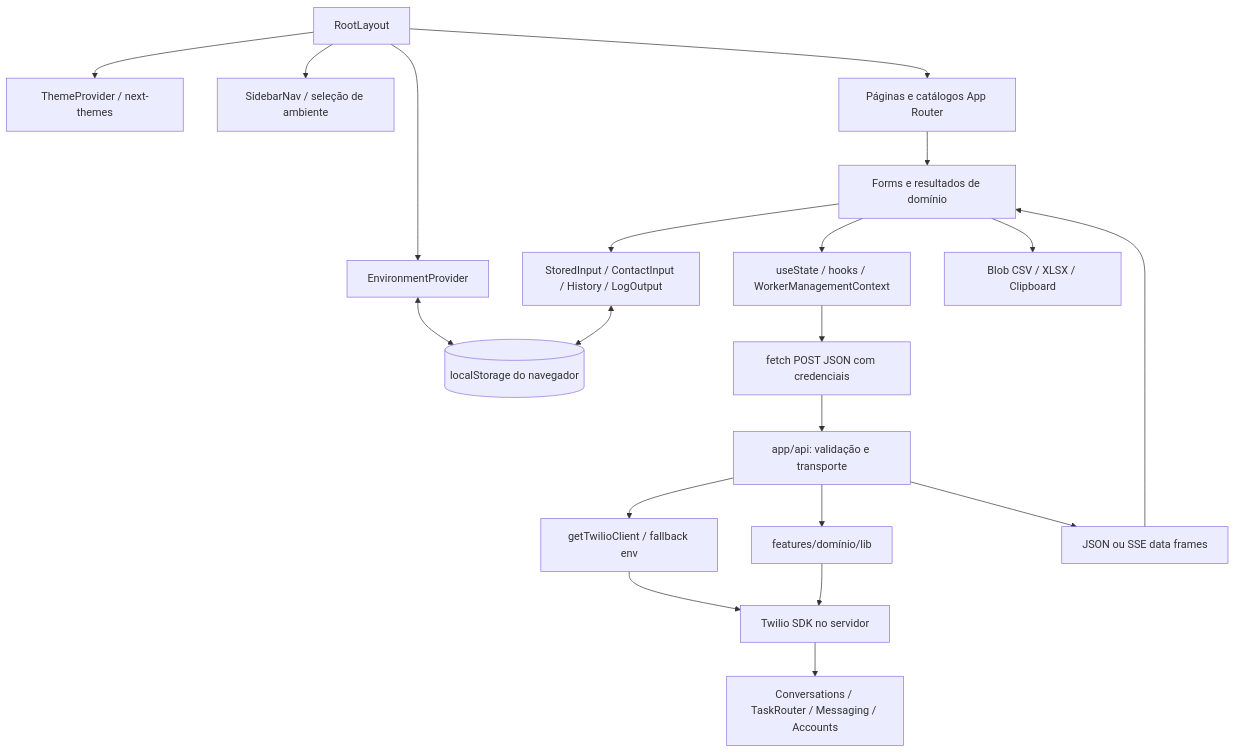
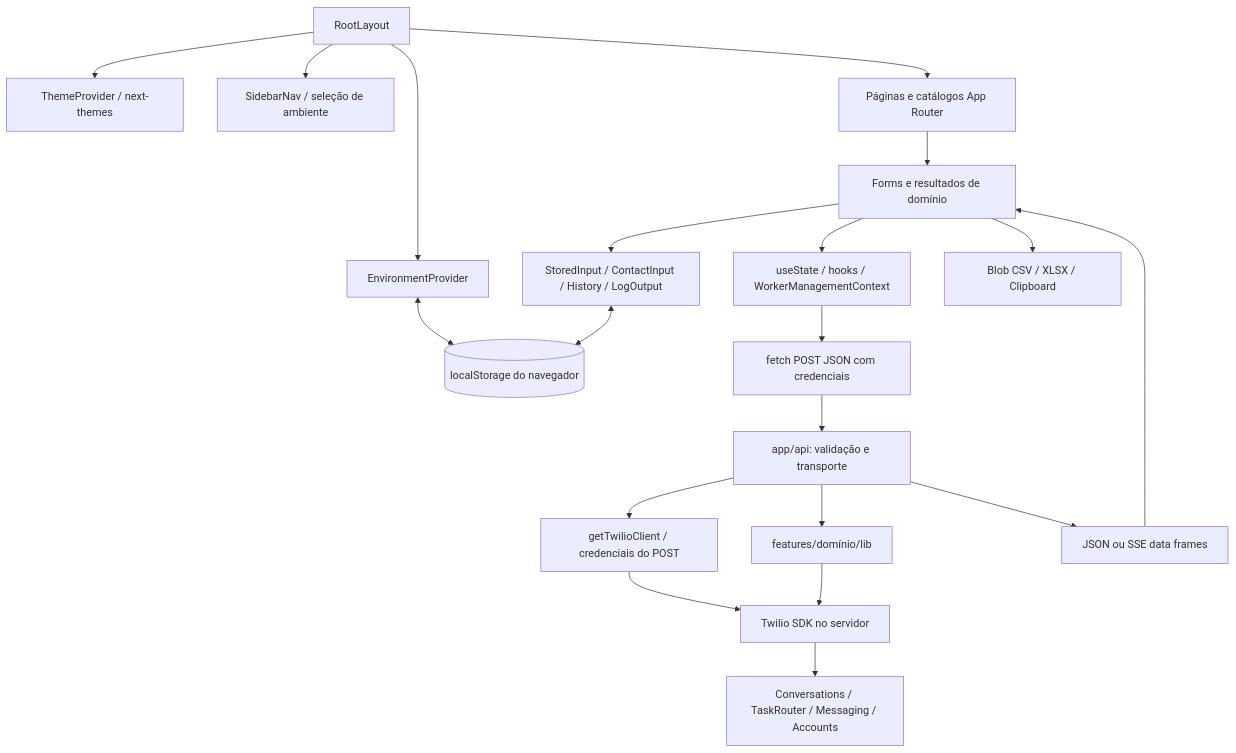
Before and after one commit to samuelgomes0/twilio-switchboard: the diagram in AUDIT.md, drawn with Mermaid. The commit also changed other lines of this file and 53 other files, not shown here.

````diff
--- a/AUDIT.md
+++ b/AUDIT.md
@@ -59,22 +59,22 @@
 ```mermaid
 flowchart TD
   Layout[RootLayout] --> Theme[ThemeProvider / next-themes]
   Layout --> Env[EnvironmentProvider]
   Layout --> Nav[SidebarNav / seleção de ambiente]
   Layout --> Pages[Páginas e catálogos App Router]
   Env <--> Storage[(localStorage do navegador)]
   Pages --> Forms[Forms e resultados de domínio]
   Forms --> State[useState / hooks / WorkerManagementContext]
   Forms --> Shared[StoredInput / ContactInput / History / LogOutput]
   Shared <--> Storage
   State --> Http[fetch POST JSON com credenciais]
   Http --> Routes[app/api: validação e transporte]
-  Routes --> Factory[getTwilioClient / fallback env]
+  Routes --> Factory[getTwilioClient / credenciais do POST]
   Routes --> Business[features/domínio/lib]
   Factory --> SDK[Twilio SDK no servidor]
   Business --> SDK
   SDK --> Twilio[Conversations / TaskRouter / Messaging / Accounts]
   Routes --> Responses[JSON ou SSE data frames]
   Responses --> Forms
   Forms --> Export[Blob CSV / XLSX / Clipboard]
 ```
````
